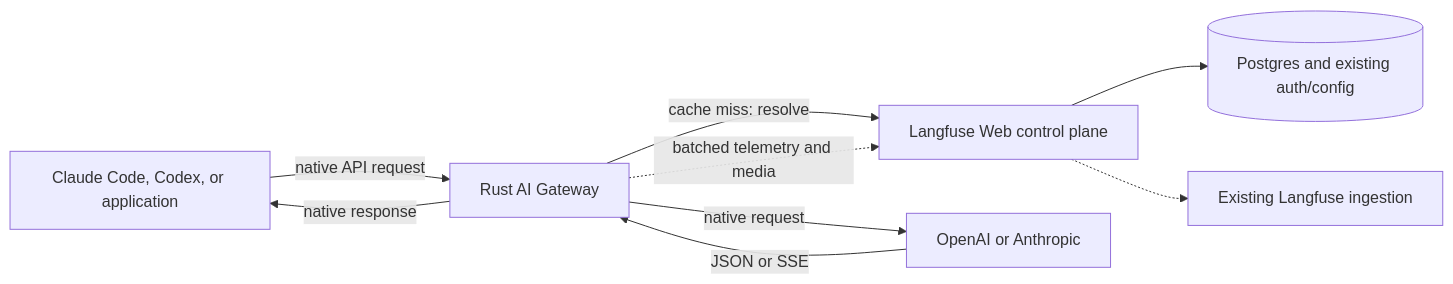
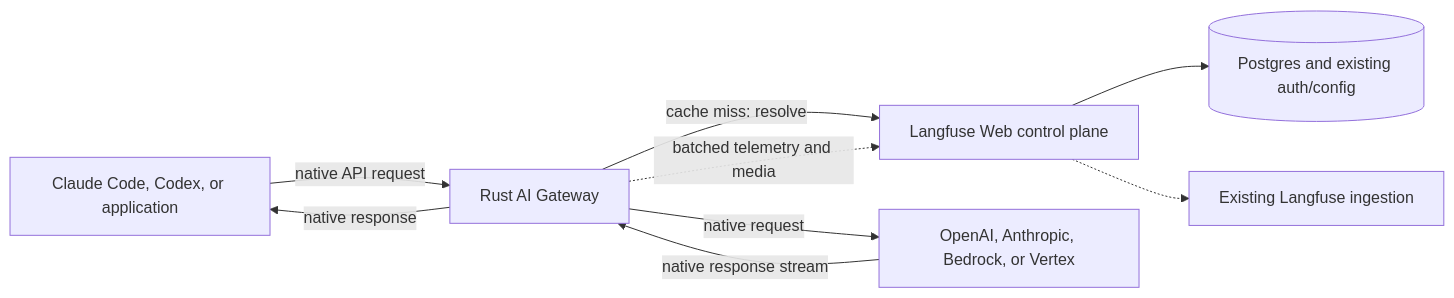
One commit to langfuse/langfuse changed the first of 2 diagrams in specs/llm-gateway-rfc.md. Above: the diagram before and after it, drawn with Mermaid. The commit also changed other lines of this file, not shown here.

````diff
--- a/specs/llm-gateway-rfc.md
+++ b/specs/llm-gateway-rfc.md
@@ -80,11 +74,11 @@
 ```mermaid
 flowchart LR
     C["Claude Code, Codex, or application"] -->|"native API request"| G["Rust AI Gateway"]
     G -->|"cache miss: resolve"| W["Langfuse Web control plane"]
     W --> P[("Postgres and existing auth/config")]
-    G -->|"native request"| O["OpenAI or Anthropic"]
-    O -->|"JSON or SSE"| G
+    G -->|"native request"| O["OpenAI, Anthropic, Bedrock, or Vertex"]
+    O -->|"native response stream"| G
     G -->|"native response"| C
     G -.->|"batched telemetry and media"| W
     W -.-> I["Existing Langfuse ingestion"]
 ```
````
